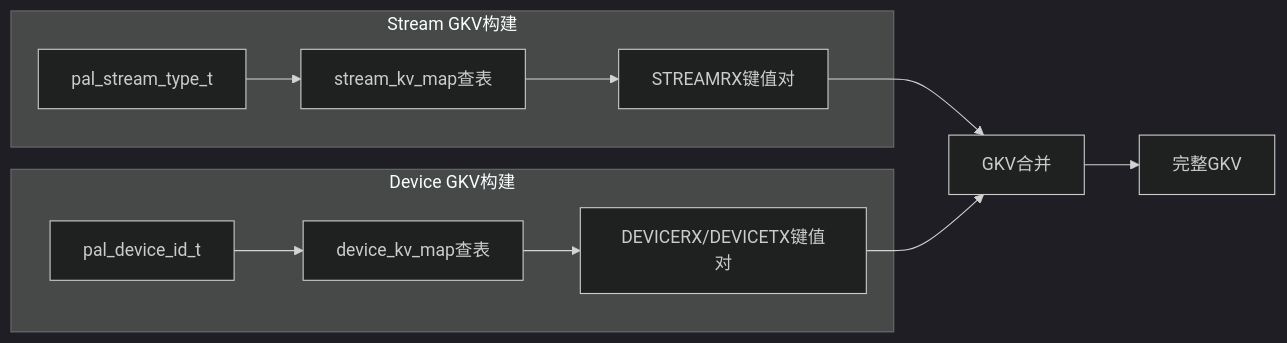
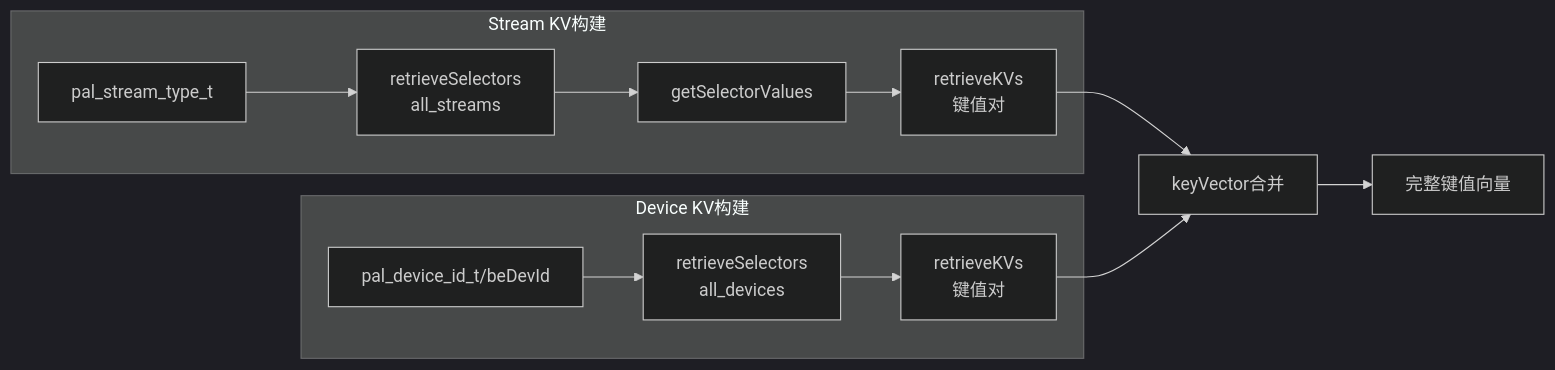
Before and after one commit to yanglinzhen1022/SA8295_AAOS_QNX_Audio_KnowledgeBase: the second of 6 diagrams in 15_PAL_Architecture/15_15.7_PayloadBuilder-载荷构建器.md, drawn with Mermaid (dark theme). The commit also changed other lines of this file and 48 other files, not shown here.

````diff
--- a/15_PAL_Architecture/15_15.7_PayloadBuilder-载荷构建器.md
+++ b/15_PAL_Architecture/15_15.7_PayloadBuilder-载荷构建器.md
@@ -115,16 +131,17 @@
 ```mermaid
 graph LR
-    subgraph Stream_GKV[Stream GKV构建]
-        ST1[pal_stream_type_t] --> ST2[stream_kv_map查表]
-        ST2 --> ST3[STREAMRX键值对]
+    subgraph Stream_KV[Stream KV构建]
+        ST1[pal_stream_type_t] --> ST2[retrieveSelectors<br/>all_streams]
+        ST2 --> ST3[getSelectorValues]
+        ST3 --> ST4[retrieveKVs<br/>键值对]
     end
 
-    subgraph Device_GKV[Device GKV构建]
-        DV1[pal_device_id_t] --> DV2[device_kv_map查表]
-        DV2 --> DV3[DEVICERX/DEVICETX键值对]
+    subgraph Device_KV[Device KV构建]
+        DV1[pal_device_id_t/beDevId] --> DV2[retrieveSelectors<br/>all_devices]
+        DV2 --> DV3[retrieveKVs<br/>键值对]
     end
 
-    ST3 --> Merge[GKV合并]
+    ST4 --> Merge[keyVector合并]
     DV3 --> Merge
-    Merge --> FinalGKV[完整GKV]
+    Merge --> FinalKV[完整键值向量]
 ```
````
